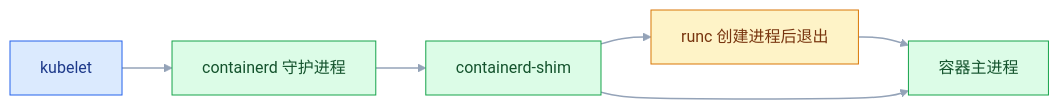
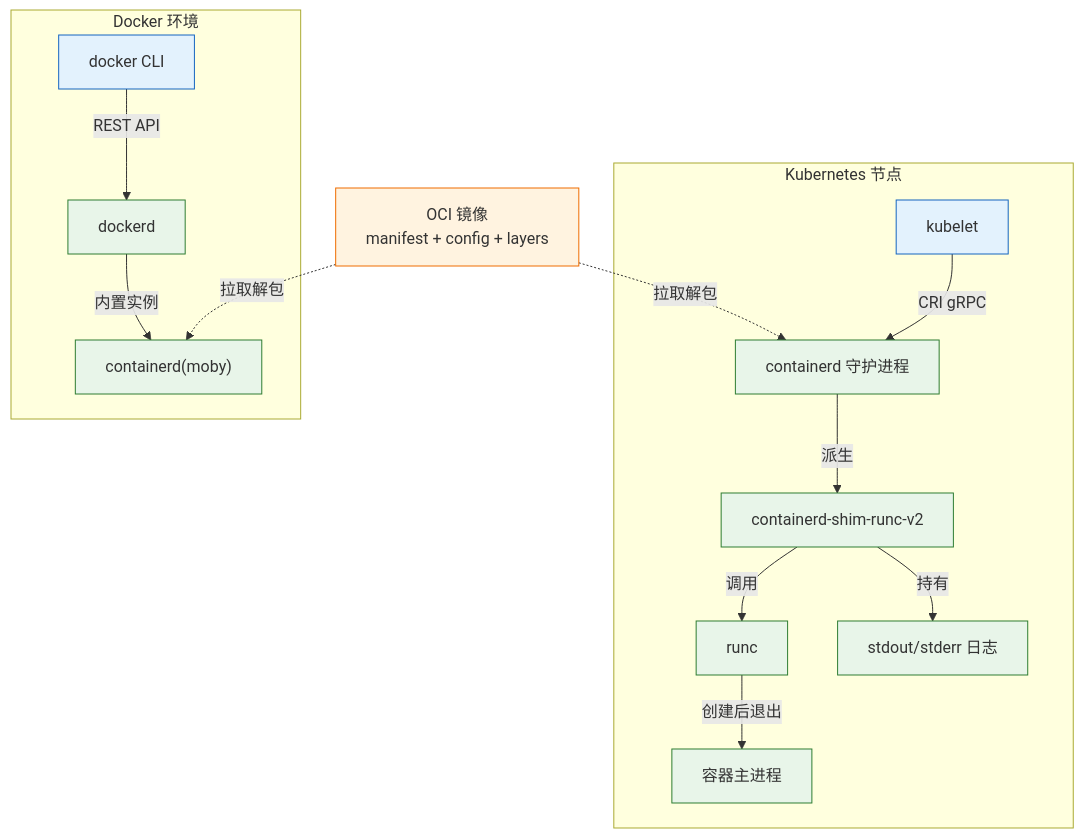
One commit to jimbosuper/studynotes changed the first of 3 diagrams in blog/src/notes/07-运维/03-容器与编排/01-Containerd容器运行时.md. Above: the diagram before and after it, drawn with Mermaid. The commit also changed other lines of this file and 367 other files, not shown here.

````diff
--- a/blog/src/notes/07-运维/03-容器与编排/01-Containerd容器运行时.md
+++ b/blog/src/notes/07-运维/03-容器与编排/01-Containerd容器运行时.md
@@ -473,17 +44,22 @@
 ```mermaid
-flowchart LR
-    classDef client fill:#DBEAFE,stroke:#2563EB,color:#1E3A8A
-    classDef service fill:#DCFCE7,stroke:#16A34A,color:#14532D
-    classDef data fill:#FEF3C7,stroke:#D97706,color:#78350F
-
-    K["kubelet"]:::client
-    C["containerd 守护进程"]:::service
-    S["containerd-shim"]:::service
-    R["runc 创建进程后退出"]:::data
-    P["容器主进程"]:::service
-
-    K --> C --> S --> R
-    R --> P
-    S --> P
-    linkStyle default stroke:#94A3B8,stroke-width:1.5px
+flowchart TD
+    subgraph K8S["Kubernetes 节点"]
+        K["kubelet"] -->|"CRI gRPC"| C["containerd 守护进程"]
+        C -->|"派生"| S["containerd-shim-runc-v2"]
+        S -->|"调用"| R["runc"]
+        R -->|"创建后退出"| P["容器主进程"]
+        S -->|"持有"| L["stdout/stderr 日志"]
+    end
+    subgraph DEV["Docker 环境"]
+        D["docker CLI"] -->|"REST API"| DD["dockerd"]
+        DD -->|"内置实例"| C2["containerd(moby)"]
+    end
+    IMG["OCI 镜像<br/>manifest + config + layers"] -.->|"拉取解包"| C
+    IMG -.->|"拉取解包"| C2
+    classDef client fill:#e3f2fd,stroke:#1565c0;
+    classDef engine fill:#e8f5e9,stroke:#2e7d32;
+    classDef image fill:#fff3e0,stroke:#ef6c00;
+    class K,D client
+    class C,S,R,P,L,DD,C2 engine
+    class IMG image
 ```
````
